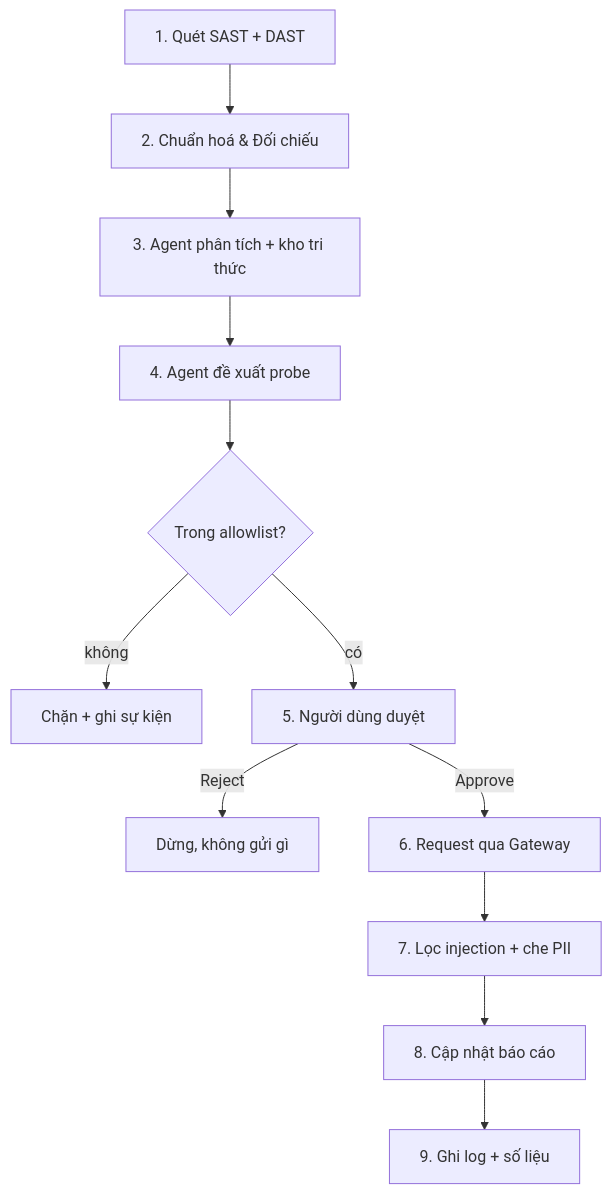
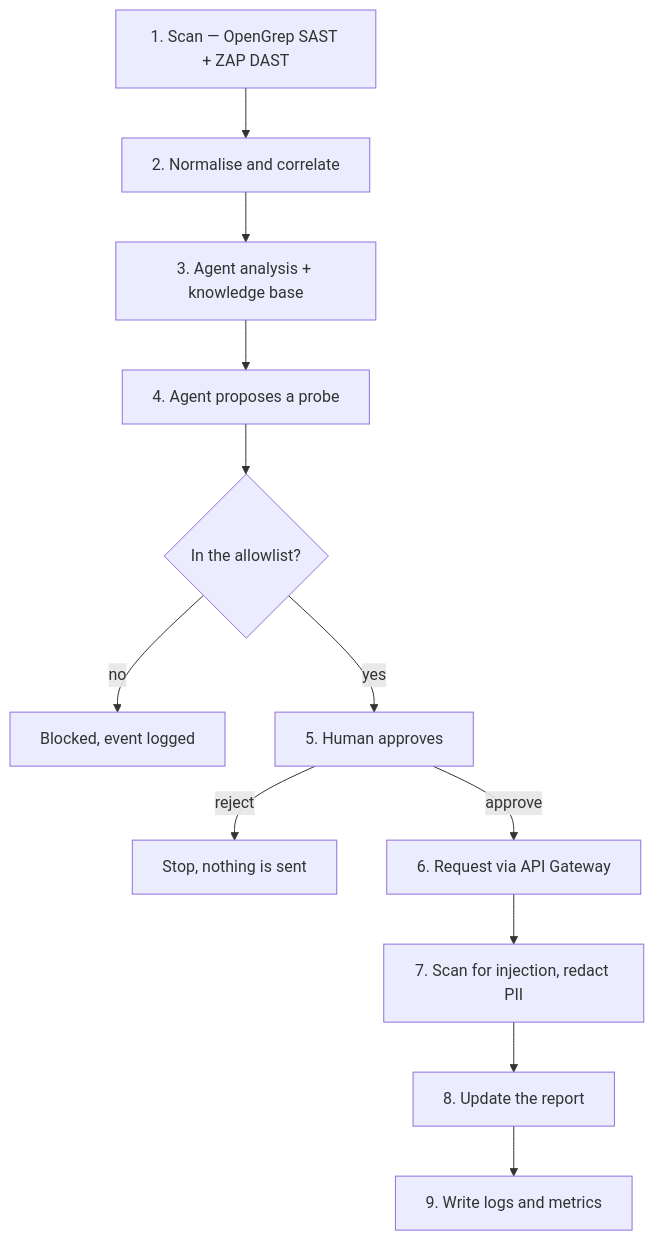
The diagram in README.md (longngx04/2026-07-29_NguyenDinhBaoLong_Week3), drawn with Mermaid before and after one commit. The commit also changed other lines of this file, not shown here.

````diff
--- a/README.md
+++ b/README.md
@@ -15,14 +34,14 @@
 ```mermaid
 flowchart TD
-    A[1. Quét SAST + DAST] --> B[2. Chuẩn hoá & Đối chiếu]
-    B --> C[3. Agent phân tích + kho tri thức]
-    C --> D[4. Agent đề xuất probe]
-    D --> E{Trong allowlist?}
-    E -- không --> X[Chặn + ghi sự kiện]
-    E -- có --> F[5. Người dùng duyệt]
-    F -- Reject --> Y[Dừng, không gửi gì]
-    F -- Approve --> G[6. Request qua Gateway]
-    G --> H[7. Lọc injection + che PII]
-    H --> I[8. Cập nhật báo cáo]
-    I --> J[9. Ghi log + số liệu]
+    A[1. Scan — OpenGrep SAST + ZAP DAST] --> B[2. Normalise and correlate]
+    B --> C[3. Agent analysis + knowledge base]
+    C --> D[4. Agent proposes a probe]
+    D --> E{In the allowlist?}
+    E -- no --> X[Blocked, event logged]
+    E -- yes --> F[5. Human approves]
+    F -- reject --> Y[Stop, nothing is sent]
+    F -- approve --> G[6. Request via API Gateway]
+    G --> H[7. Scan for injection, redact PII]
+    H --> I[8. Update the report]
+    I --> J[9. Write logs and metrics]
 ```
````
